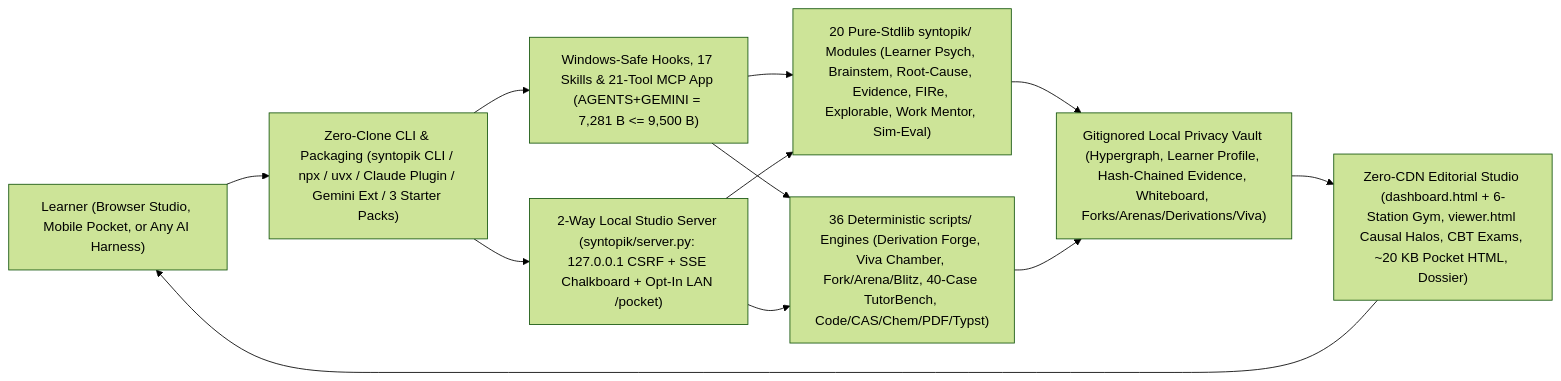
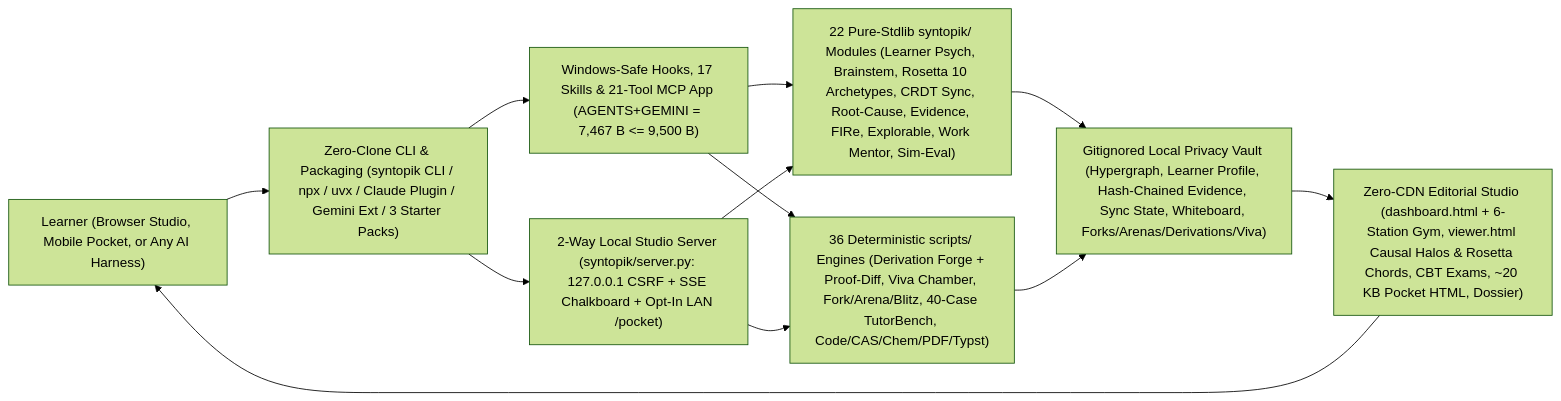
One commit to HridayKapoor/syntopik changed the diagram in README.md. Above: the diagram before and after it, drawn with Mermaid (forest theme). The commit also changed other lines of this file and 50 other files, not shown here.

Commit message:
feat(v3.1): release Syntopik v3.1.0 — Rosetta isomorphism + cross-domain FIRe, CRDT multi-device sync, policy replay & Proof-Graph handwriting diff

````diff
--- a/README.md
+++ b/README.md
@@ -150,14 +156,14 @@
 ```mermaid
 flowchart LR
     Learner["Learner (Browser Studio, Mobile Pocket, or Any AI Harness)"] --> Entry["Zero-Clone CLI & Packaging (syntopik CLI / npx / uvx / Claude Plugin / Gemini Ext / 3 Starter Packs)"]
-    Entry --> Harness["Windows-Safe Hooks, 17 Skills & 21-Tool MCP App (AGENTS+GEMINI = 7,281 B <= 9,500 B)"]
+    Entry --> Harness["Windows-Safe Hooks, 17 Skills & 21-Tool MCP App (AGENTS+GEMINI = 7,467 B <= 9,500 B)"]
     Entry --> Server["2-Way Local Studio Server (syntopik/server.py: 127.0.0.1 CSRF + SSE Chalkboard + Opt-In LAN /pocket)"]
-    Harness --> Core["20 Pure-Stdlib syntopik/ Modules (Learner Psych, Brainstem, Root-Cause, Evidence, FIRe, Explorable, Work Mentor, Sim-Eval)"]
-    Harness --> Scripts["36 Deterministic scripts/ Engines (Derivation Forge, Viva Chamber, Fork/Arena/Blitz, 40-Case TutorBench, Code/CAS/Chem/PDF/Typst)"]
+    Harness --> Core["22 Pure-Stdlib syntopik/ Modules (Learner Psych, Brainstem, Rosetta 10 Archetypes, CRDT Sync, Root-Cause, Evidence, FIRe, Explorable, Work Mentor, Sim-Eval)"]
+    Harness --> Scripts["36 Deterministic scripts/ Engines (Derivation Forge + Proof-Diff, Viva Chamber, Fork/Arena/Blitz, 40-Case TutorBench, Code/CAS/Chem/PDF/Typst)"]
     Server --> Core
     Server --> Scripts
-    Core --> State["Gitignored Local Privacy Vault (Hypergraph, Learner Profile, Hash-Chained Evidence, Whiteboard, Forks/Arenas/Derivations/Viva)"]
+    Core --> State["Gitignored Local Privacy Vault (Hypergraph, Learner Profile, Hash-Chained Evidence, Sync State, Whiteboard, Forks/Arenas/Derivations/Viva)"]
     Scripts --> State
-    State --> UI["Zero-CDN Editorial Studio (dashboard.html + 6-Station Gym, viewer.html Causal Halos, CBT Exams, ~20 KB Pocket HTML, Dossier)"]
+    State --> UI["Zero-CDN Editorial Studio (dashboard.html + 6-Station Gym, viewer.html Causal Halos & Rosetta Chords, CBT Exams, ~20 KB Pocket HTML, Dossier)"]
     UI --> Learner
 ```
````
